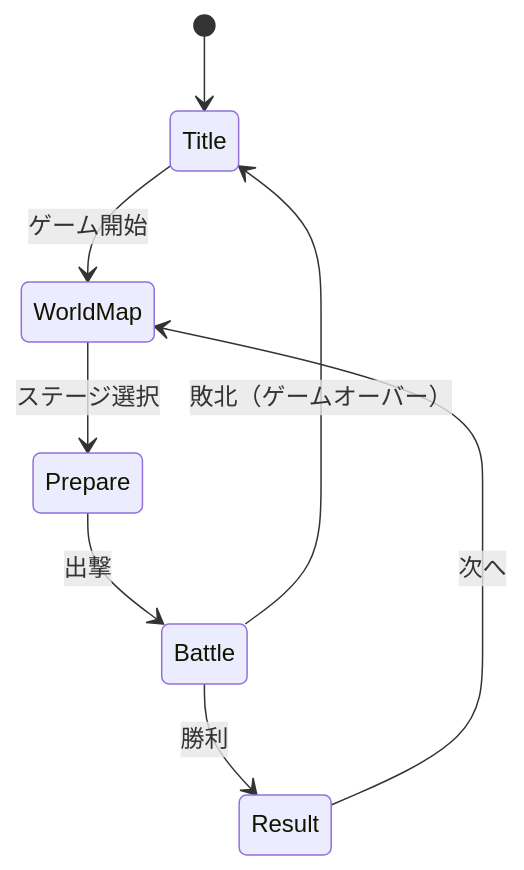
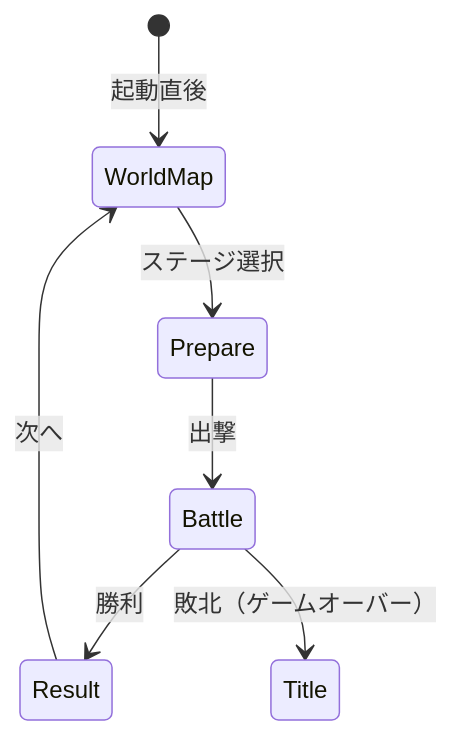
Before and after one commit to rssh-jp/testgame1: the second of 3 diagrams in docs/technical-design.md, drawn with Mermaid. The commit also changed 19 other files, not shown here.

````diff
--- a/docs/technical-design.md
+++ b/docs/technical-design.md
@@ -121,10 +121,9 @@
 ```mermaid
 stateDiagram-v2
-    [*] --> Title
-    Title --> WorldMap: ゲーム開始
+    [*] --> WorldMap: 起動直後
     WorldMap --> Prepare: ステージ選択
     Prepare --> Battle: 出撃
     Battle --> Result: 勝利
     Battle --> Title: 敗北（ゲームオーバー）
     Result --> WorldMap: 次へ
 ```
````
